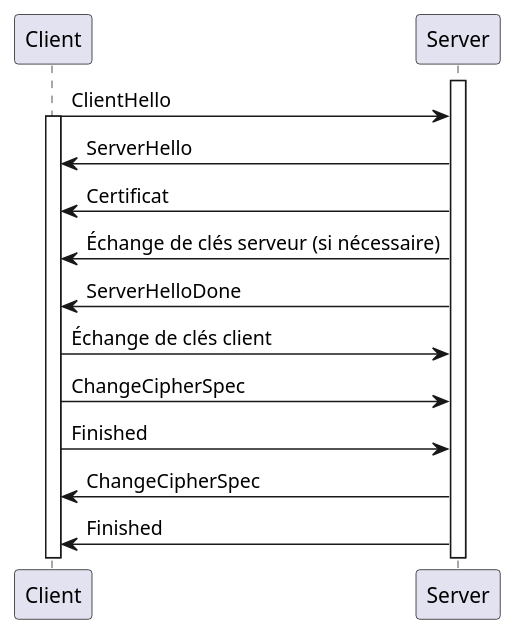
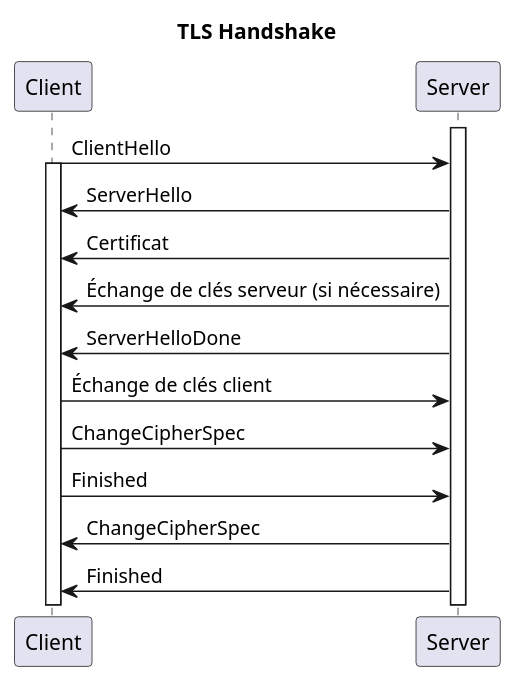
The diagram in Docs/sslHandShake.plantuml (Hsouna-M/BurpSuiteFromScratch), drawn with PlantUML before and after one commit. The commit also changed 6 other files, not shown here.

```diff
--- a/Docs/sslHandShake.plantuml
+++ b/Docs/sslHandShake.plantuml
@@ -1,22 +1,23 @@
 @startuml
+title TLS Handshake
 
 participant "Client" as B
 participant "Server" as P
 
 activate P
 B -> P: ClientHello
 activate B
 P -> B: ServerHello
 
 P -> B: Certificat
 P -> B: Échange de clés serveur (si nécessaire)
 P -> B: ServerHelloDone
 
 B -> P: Échange de clés client
 B -> P: ChangeCipherSpec
 B -> P: Finished
 
 P -> B: ChangeCipherSpec
 P -> B: Finished
 
 @enduml
```
